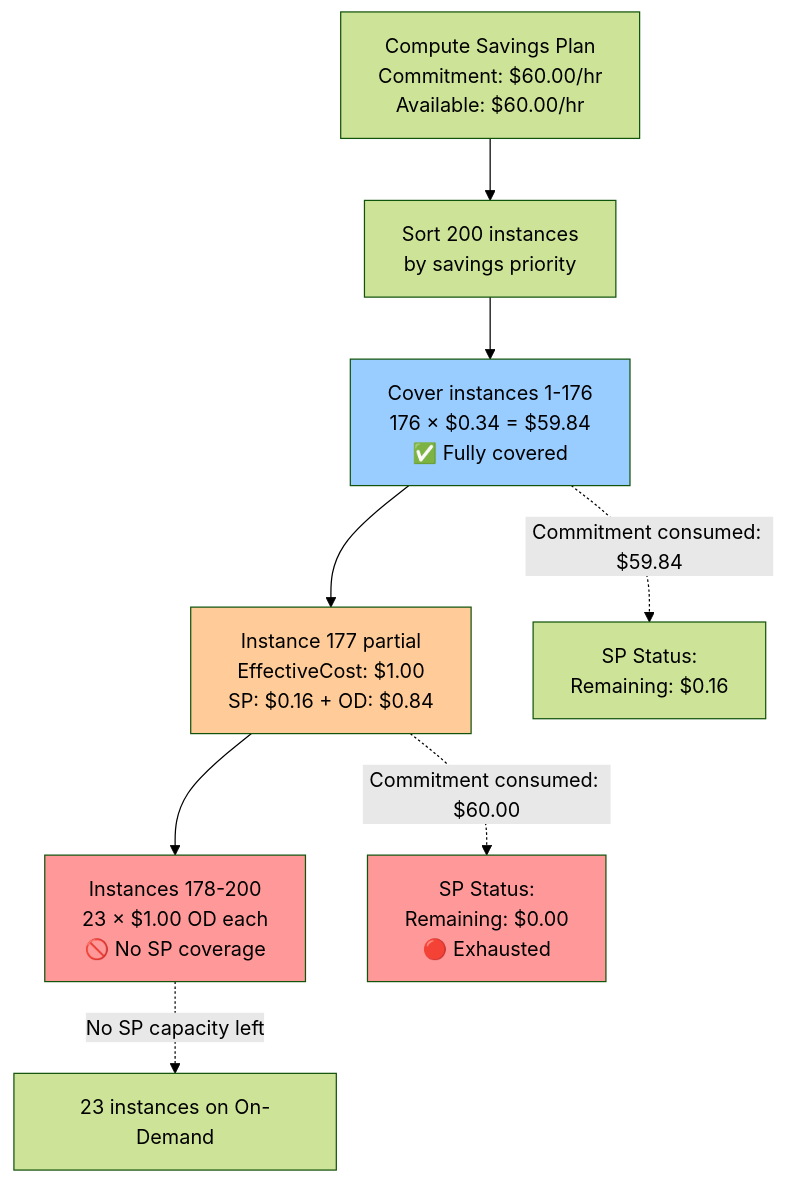
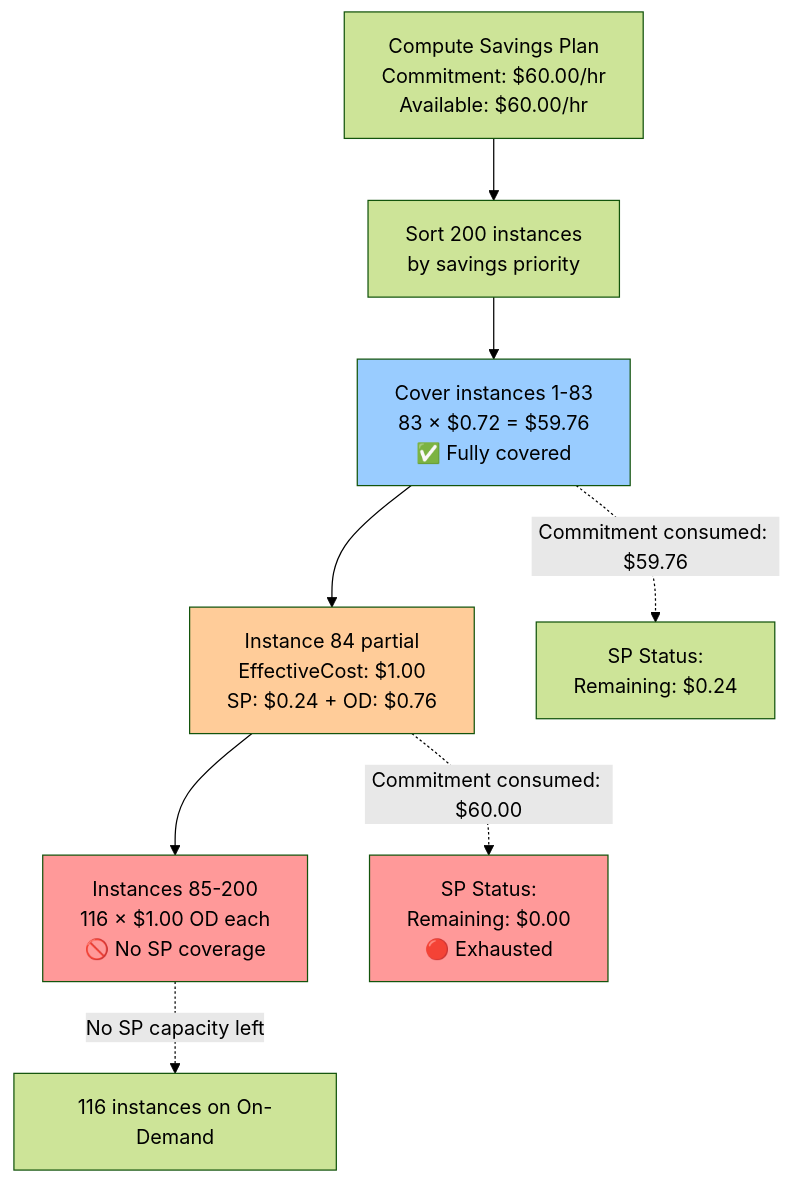
One commit to Nextdoor/lumina changed the sixth of 9 diagrams in ALGORITHM.md. Above: the diagram before and after it, drawn with Mermaid (forest theme). The commit also changed other lines of this file and 24 other files, not shown here.

````diff
--- a/ALGORITHM.md
+++ b/ALGORITHM.md
@@ -330,21 +330,21 @@
 ```mermaid
 graph TD
     Start[Compute Savings Plan<br/>Commitment: $60.00/hr<br/>Available: $60.00/hr] --> Sort[Sort 200 instances<br/>by savings priority]
 
-    Sort --> Phase1[Cover instances 1-176<br/>176 × $0.34 = $59.84<br/>✅ Fully covered]
-    Phase1 --> Phase2[Instance 177 partial<br/>EffectiveCost: $1.00<br/>SP: $0.16 + OD: $0.84]
-    Phase2 --> Phase3[Instances 178-200<br/>23 × $1.00 OD each<br/>🚫 No SP coverage]
+    Sort --> Phase1[Cover instances 1-83<br/>83 × $0.72 = $59.76<br/>✅ Fully covered]
+    Phase1 --> Phase2[Instance 84 partial<br/>EffectiveCost: $1.00<br/>SP: $0.24 + OD: $0.76]
+    Phase2 --> Phase3[Instances 85-200<br/>116 × $1.00 OD each<br/>🚫 No SP coverage]
 
-    Phase1 -.->|Commitment consumed: $59.84| Status1
+    Phase1 -.->|Commitment consumed: $59.76| Status1
     Phase2 -.->|Commitment consumed: $60.00| Status2
     Phase3 -.->|No SP capacity left| Status3
 
-    Status1[SP Status:<br/>Remaining: $0.16]
+    Status1[SP Status:<br/>Remaining: $0.24]
     Status2[SP Status:<br/>Remaining: $0.00<br/>🔴 Exhausted]
-    Status3[23 instances on On-Demand]
+    Status3[116 instances on On-Demand]
 
     style Phase1 fill:#99ccff,color:#000
     style Phase2 fill:#ffcc99,color:#000
     style Phase3 fill:#ff9999,color:#000
     style Status2 fill:#ff9999,color:#000
 ```
````
